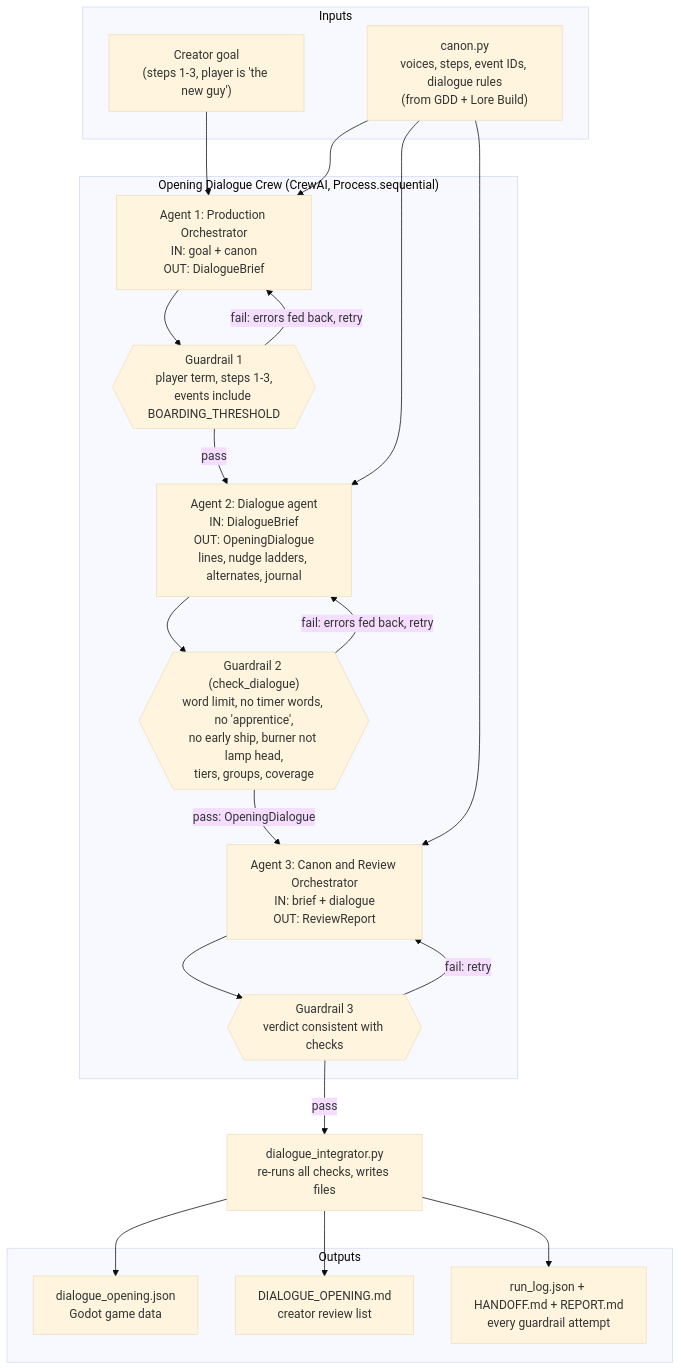
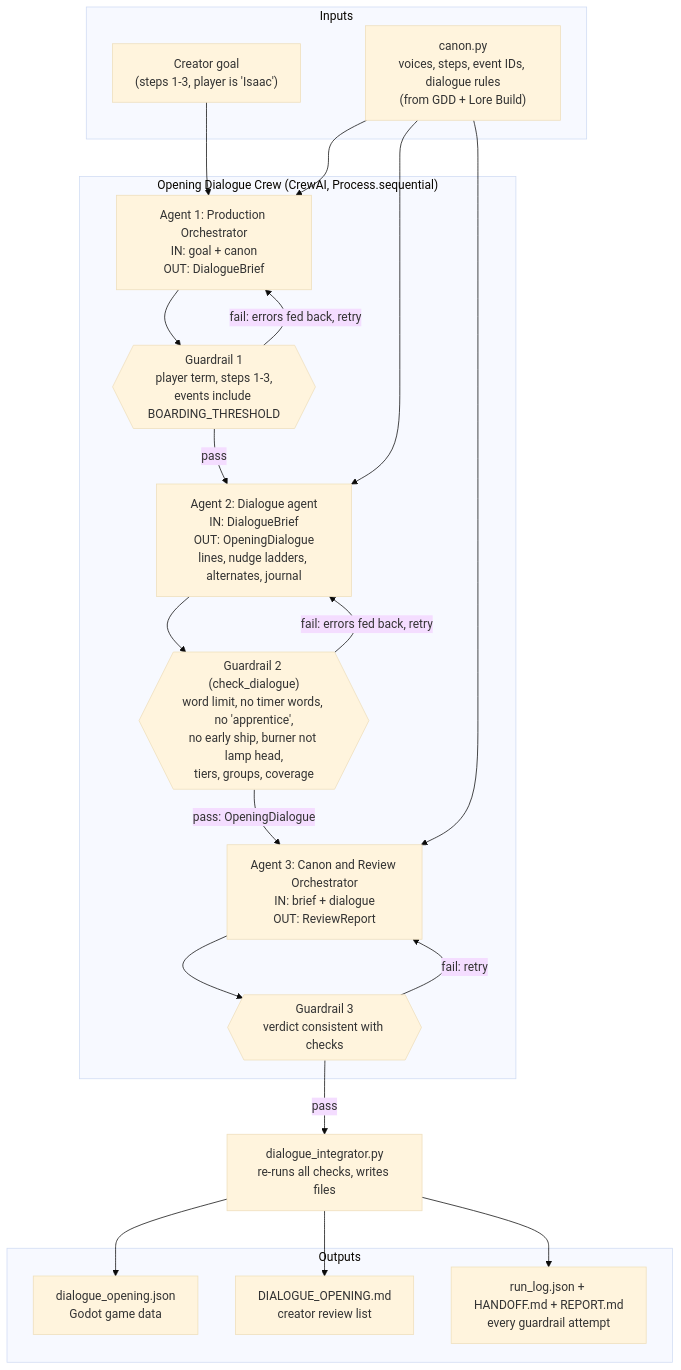
One commit to keanetheory/AI_GameDev changed the diagram in AIAgentCrew/dialogue_crew_architecture.mermaid. Above: the diagram before and after it, drawn with Mermaid (base theme). The commit also changed 121 other files, not shown here.

First line of the commit message:
Rename Jeff to Arthur and the new guy to Isaac across lore, agents and Godot data

```diff
--- a/AIAgentCrew/dialogue_crew_architecture.mermaid
+++ b/AIAgentCrew/dialogue_crew_architecture.mermaid
@@ -1,35 +1,35 @@
 flowchart TD
     subgraph IN["Inputs"]
-        GOAL["Creator goal<br/>(steps 1-3, player is 'the new guy')"]
+        GOAL["Creator goal<br/>(steps 1-3, player is 'Isaac')"]
         CANON["canon.py<br/>voices, steps, event IDs, dialogue rules<br/>(from GDD + Lore Build)"]
     end
 
     subgraph CREW["Opening Dialogue Crew (CrewAI, Process.sequential)"]
         A1["Agent 1: Production Orchestrator<br/>IN: goal + canon<br/>OUT: DialogueBrief"]
         G1{{"Guardrail 1<br/>player term, steps 1-3,<br/>events include BOARDING_THRESHOLD"}}
         A2["Agent 2: Dialogue agent<br/>IN: DialogueBrief<br/>OUT: OpeningDialogue<br/>lines, nudge ladders, alternates, journal"]
         G2{{"Guardrail 2 (check_dialogue)<br/>word limit, no timer words, no 'apprentice',<br/>no early ship, burner not lamp head,<br/>tiers, groups, coverage"}}
         A3["Agent 3: Canon and Review Orchestrator<br/>IN: brief + dialogue<br/>OUT: ReviewReport"]
         G3{{"Guardrail 3<br/>verdict consistent with checks"}}
     end
 
     INT["dialogue_integrator.py<br/>re-runs all checks, writes files"]
 
     subgraph OUT["Outputs"]
         JSON["dialogue_opening.json<br/>Godot game data"]
         MD["DIALOGUE_OPENING.md<br/>creator review list"]
         LOG["run_log.json + HANDOFF.md + REPORT.md<br/>every guardrail attempt"]
     end
 
     GOAL --> A1
     CANON --> A1 & A2 & A3
     A1 --> G1
     G1 -- "fail: errors fed back, retry" --> A1
     G1 -- "pass" --> A2
     A2 --> G2
     G2 -- "fail: errors fed back, retry" --> A2
     G2 -- "pass: OpeningDialogue" --> A3
     A3 --> G3
     G3 -- "fail: retry" --> A3
     G3 -- "pass" --> INT
     INT --> JSON & MD & LOG
```
